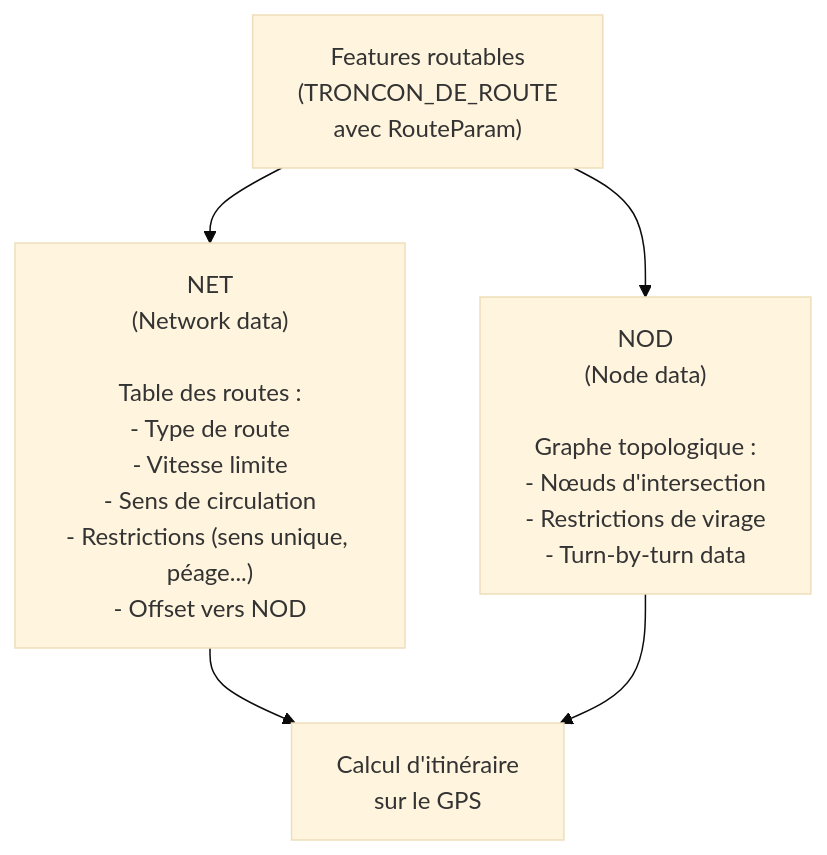
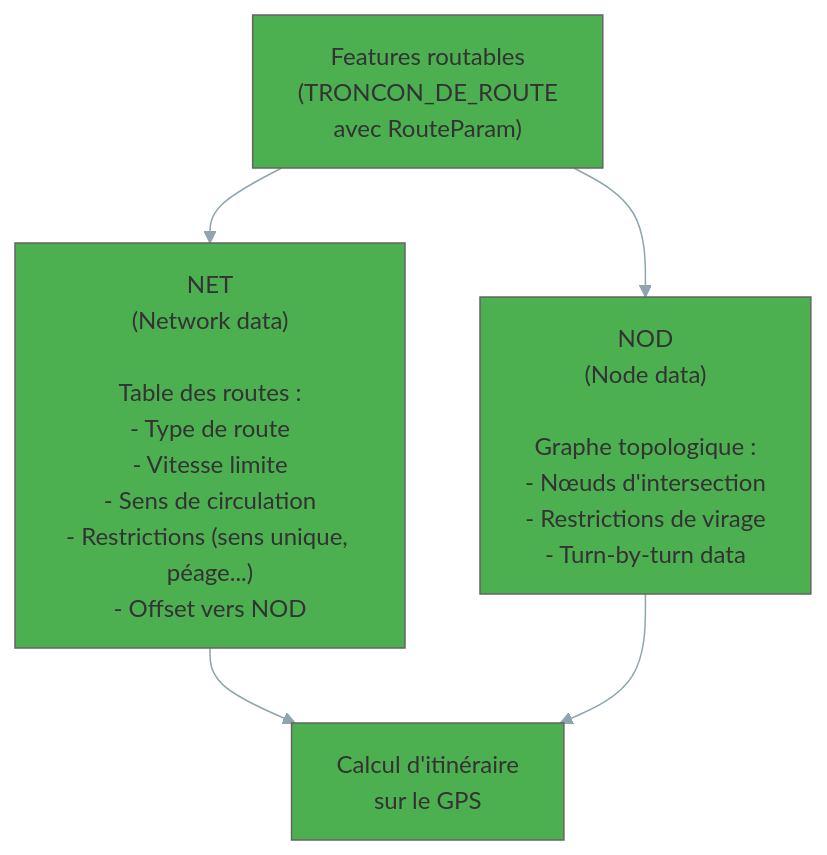
The fourth of 5 diagrams in site/docs/reference/format-garmin-img.md (allfab/garmin-img-forge), drawn with Mermaid before and after one commit. The commit also changed other lines of this file and 10 other files, not shown here.

First line of the commit message:
docs(reference): restructuration + diagrammes SVG + PDF de référence

````diff
--- a/site/docs/reference/format-garmin-img.md
+++ b/site/docs/reference/format-garmin-img.md
@@ -277,8 +248,8 @@
 ```mermaid
-%%{init: {'theme': 'base'}}%%
+%%{init: {'theme': 'base', 'themeVariables': {'primaryColor': '#4caf50', 'lineColor': '#90a4ae'}}}%%
 flowchart TD
     Routes["Features routables\n(TRONCON_DE_ROUTE\navec RouteParam)"]
     Routes --> NET["NET\n(Network data)\n\nTable des routes :\n- Type de route\n- Vitesse limite\n- Sens de circulation\n- Restrictions (sens unique, péage...)\n- Offset vers NOD"]
     Routes --> NOD["NOD\n(Node data)\n\nGraphe topologique :\n- Nœuds d'intersection\n- Restrictions de virage\n- Turn-by-turn data"]
     NET & NOD --> GPS["Calcul d'itinéraire\nsur le GPS"]
 ```
````
